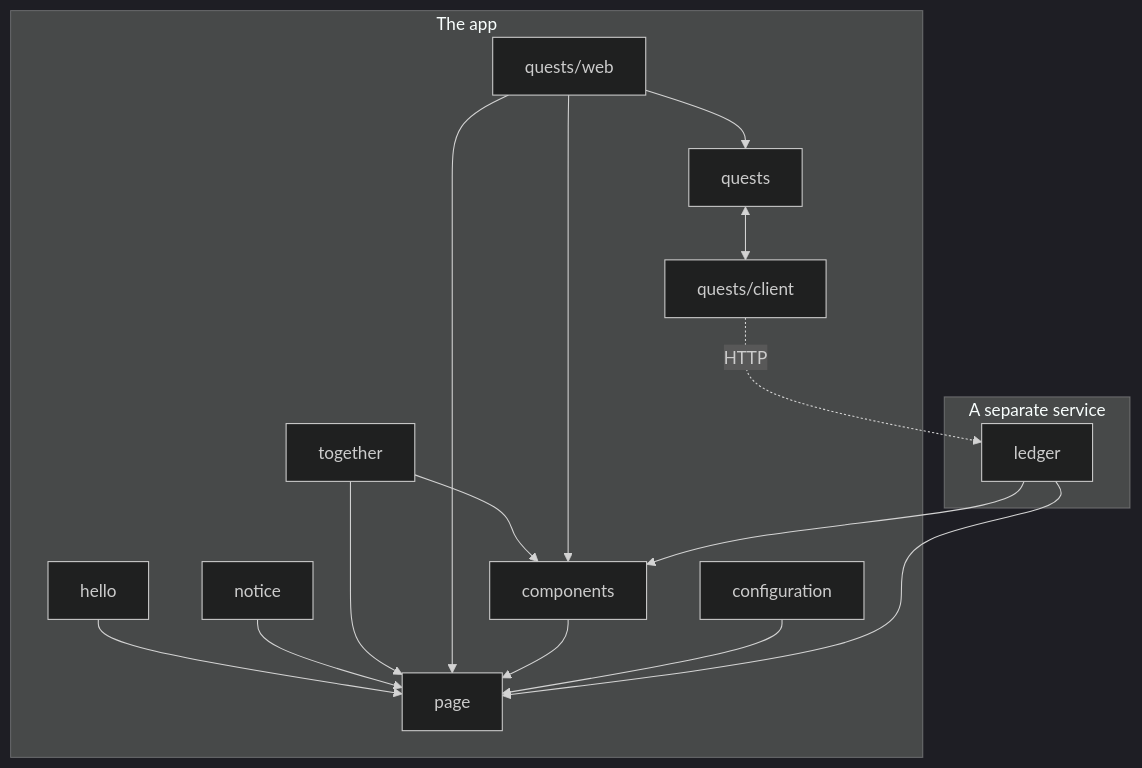
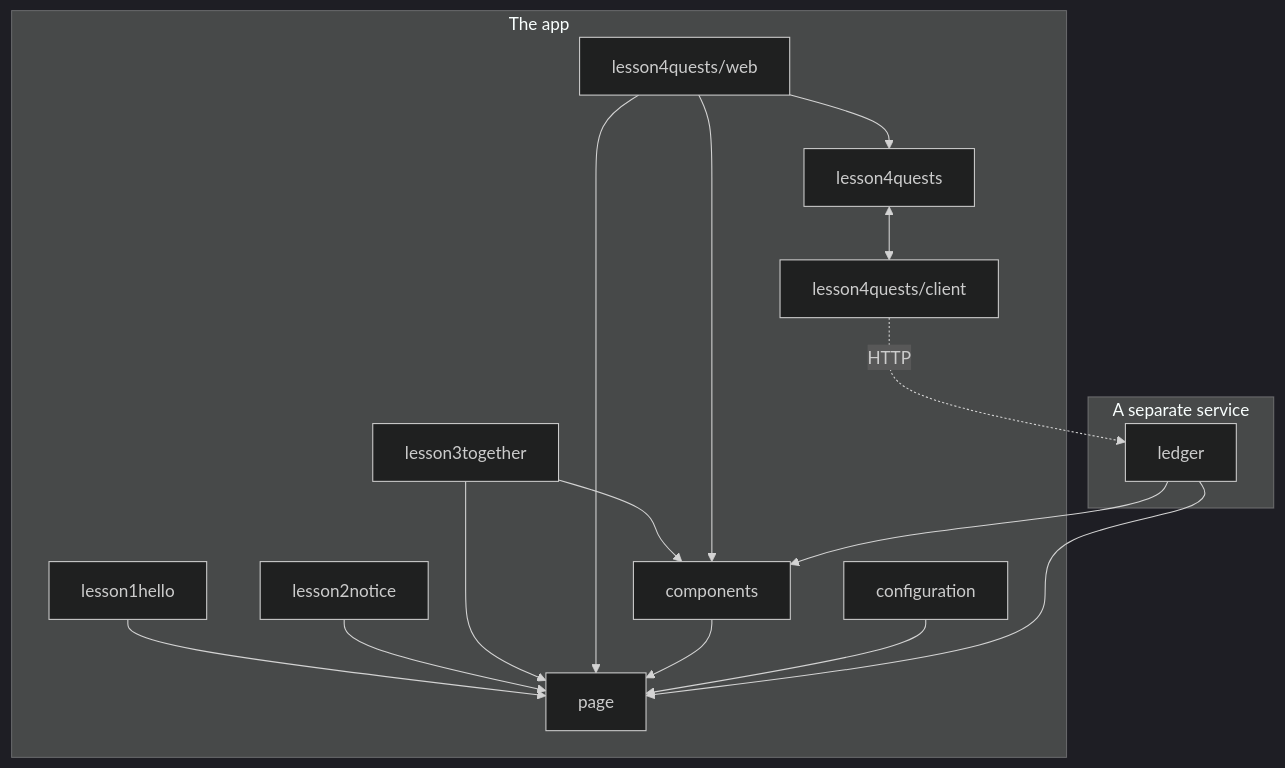
One commit to MarkusAugust/forgelord changed the diagram in README.md. Above: the diagram before and after it, drawn with Mermaid (dark theme). The commit also changed other lines of this file and 76 other files, not shown here.

````diff
--- a/README.md
+++ b/README.md
@@ -492,30 +556,30 @@
 ```mermaid
 flowchart TD
     subgraph app ["The app"]
-        hello["hello"]
-        notice["notice"]
-        together["together"]
-        web["quests/web"]
-        quests["quests"]
-        client["quests/client"]
+        hello["lesson1hello"]
+        notice["lesson2notice"]
+        together["lesson3together"]
+        web["lesson4quests/web"]
+        quests["lesson4quests"]
+        client["lesson4quests/client"]
         components["components"]
         page["page"]
         configuration["configuration"]
     end
     subgraph source ["A separate service"]
         ledger["ledger"]
     end
     hello --> page
     notice --> page
     together --> components
     together --> page
     web --> components
     web --> page
     web --> quests
     quests <--> client
     components --> page
     configuration --> page
     client -. HTTP .-> ledger
     ledger --> components
     ledger --> page
 ```
````
